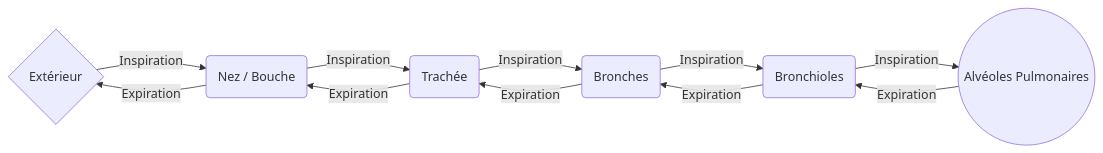
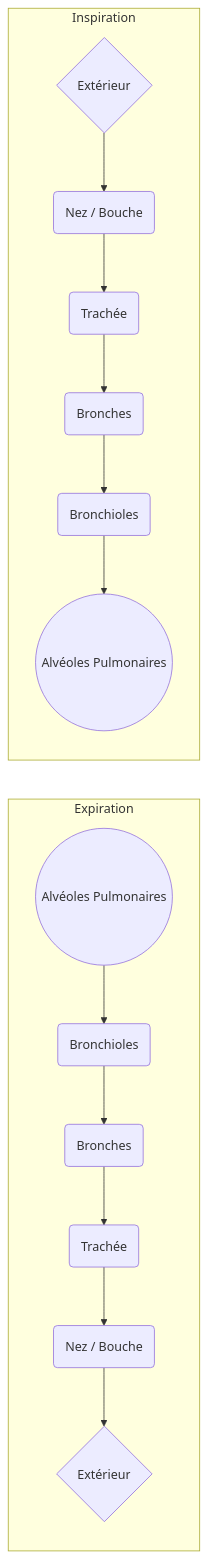
One commit to ProfCOLLET/Cours changed the diagram in Ressources/Mermaid/trajetair.mmd. Above: the diagram before and after it, drawn with Mermaid. The commit also changed other lines of this file and 1 other file, not shown here.

```diff
--- a/Ressources/Mermaid/trajetair.mmd
+++ b/Ressources/Mermaid/trajetair.mmd
@@ -1,3 +1,13 @@
-graph LR
-A{Extérieur}--Inspiration-->B(Nez / Bouche) --Inspiration--> C(Trachée) --Inspiration--> D(Bronches) --Inspiration--> E(Bronchioles) --Inspiration--> F((Alvéoles Pulmonaires))
-F --Expiration--> E --Expiration--> D --Expiration--> C--Expiration--> B --Expiration-->A
+graph LR;
+
+    subgraph Expiration 
+
+   AF((Alvéoles Pulmonaires))--> AE(Bronchioles)--> AD(Bronches) --> AC(Trachée) --> AB(Nez / Bouche) -->  AA{Extérieur} 
+
+    end
+
+    subgraph Inspiration
+
+    A{Extérieur}--> B(Nez / Bouche) --> C(Trachée) --> D(Bronches) --> E(Bronchioles) --> F((Alvéoles Pulmonaires))
+
+    end
```
